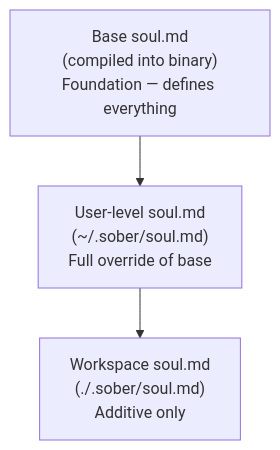
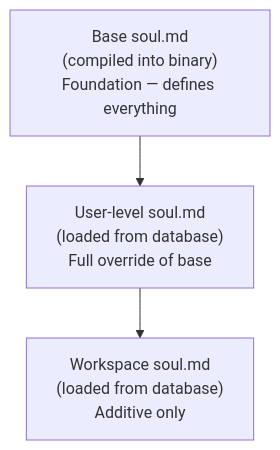
Before and after one commit to sober-io/sober: the diagram in docs/book/src/architecture/agent-mind.md, drawn with Mermaid. The commit also changed other lines of this file and 17 other files, not shown here.

First line of the commit message:
docs: address PR review — fix claims, use sober-pdk, convert to Mermaid

````diff
--- a/docs/book/src/architecture/agent-mind.md
+++ b/docs/book/src/architecture/agent-mind.md
@@ -44,9 +44,9 @@
 ```mermaid
 graph TD
     Base["Base soul.md\n(compiled into binary)\nFoundation — defines everything"]
-    User["User-level soul.md\n(~/.sober/soul.md)\nFull override of base"]
-    Workspace["Workspace soul.md\n(./.sober/soul.md)\nAdditive only"]
+    User["User-level soul.md\n(loaded from database)\nFull override of base"]
+    Workspace["Workspace soul.md\n(loaded from database)\nAdditive only"]
 
     Base --> User
     User --> Workspace
 ```
````
